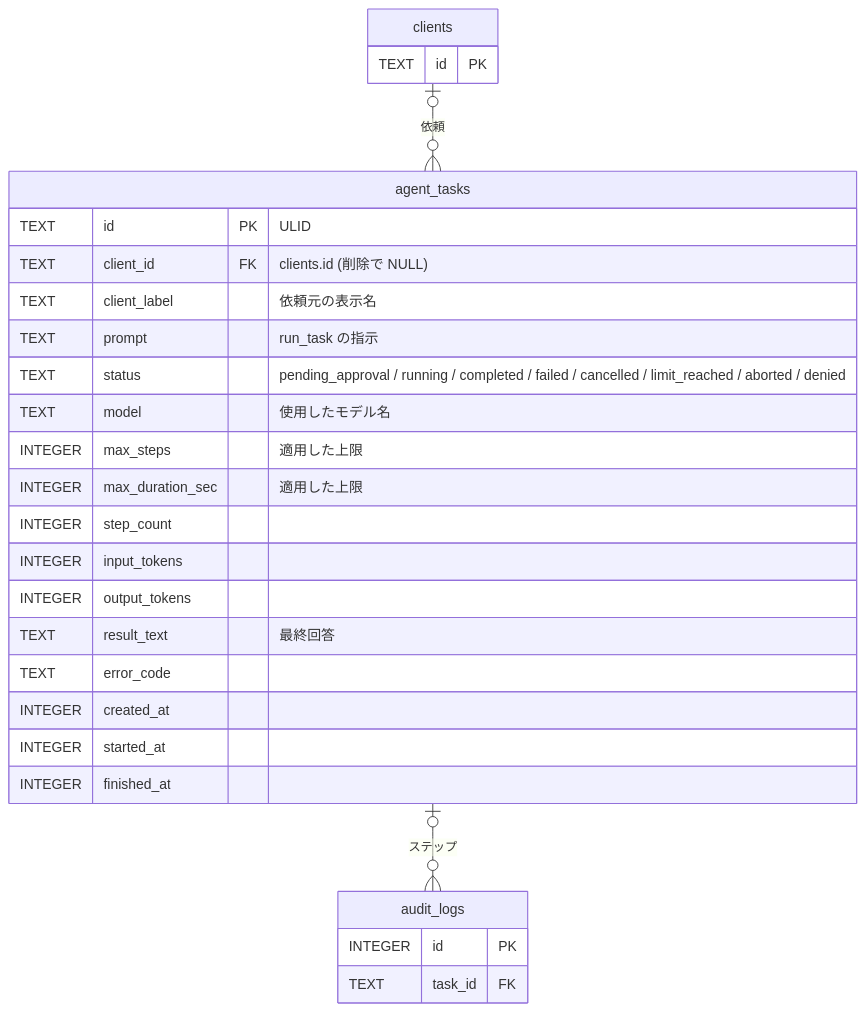
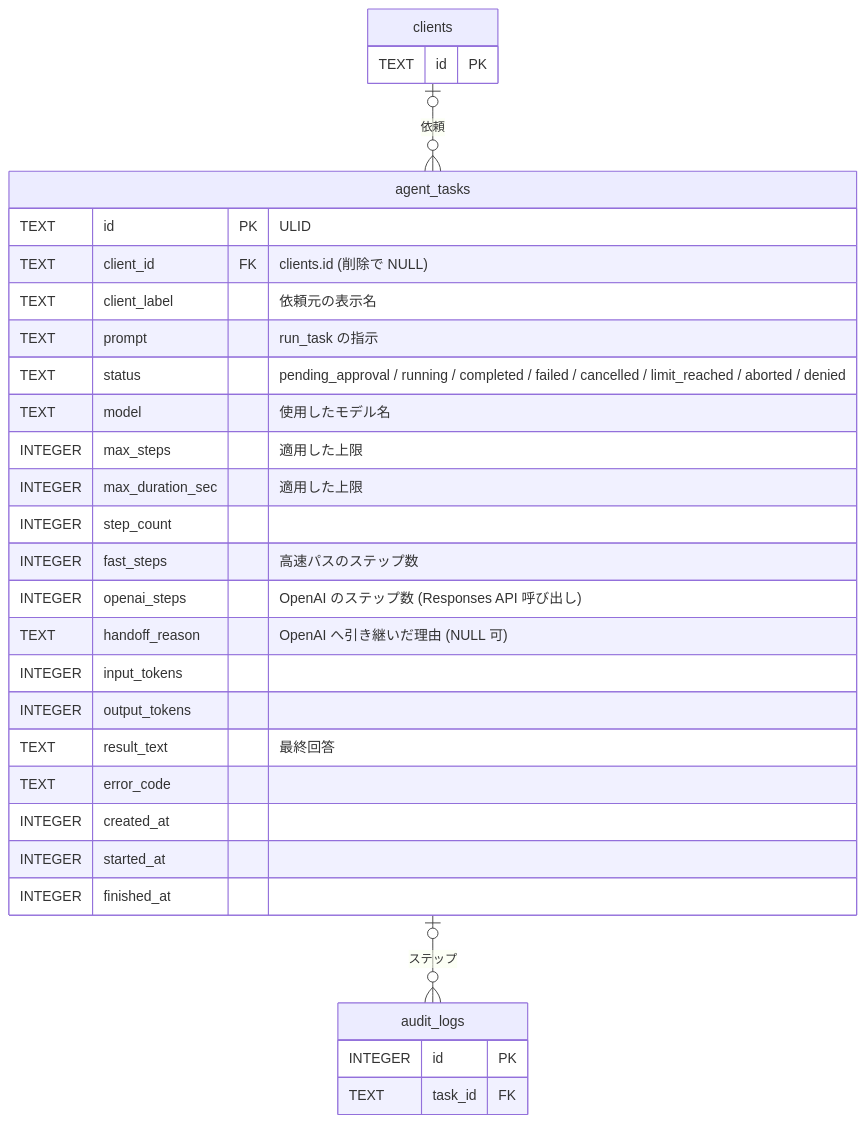
Before and after one commit to ousiassllc/puppet-remo: the sixth of 8 diagrams in docs/architecture/er.md, drawn with Mermaid. The commit also changed other lines of this file and 7 other files, not shown here.

````diff
--- a/docs/architecture/er.md
+++ b/docs/architecture/er.md
@@ -247,30 +254,33 @@
 ```mermaid
 erDiagram
     agent_tasks {
         TEXT id PK "ULID"
         TEXT client_id FK "clients.id (削除で NULL)"
         TEXT client_label "依頼元の表示名"
         TEXT prompt "run_task の指示"
         TEXT status "pending_approval / running / completed / failed / cancelled / limit_reached / aborted / denied"
         TEXT model "使用したモデル名"
         INTEGER max_steps "適用した上限"
         INTEGER max_duration_sec "適用した上限"
         INTEGER step_count
+        INTEGER fast_steps "高速パスのステップ数"
+        INTEGER openai_steps "OpenAI のステップ数 (Responses API 呼び出し)"
+        TEXT handoff_reason "OpenAI へ引き継いだ理由 (NULL 可)"
         INTEGER input_tokens
         INTEGER output_tokens
         TEXT result_text "最終回答"
         TEXT error_code
         INTEGER created_at
         INTEGER started_at
         INTEGER finished_at
     }
     clients {
         TEXT id PK
     }
     audit_logs {
         INTEGER id PK
         TEXT task_id FK
     }
     clients |o--o{ agent_tasks : "依頼"
     agent_tasks |o--o{ audit_logs : "ステップ"
 ```
````
